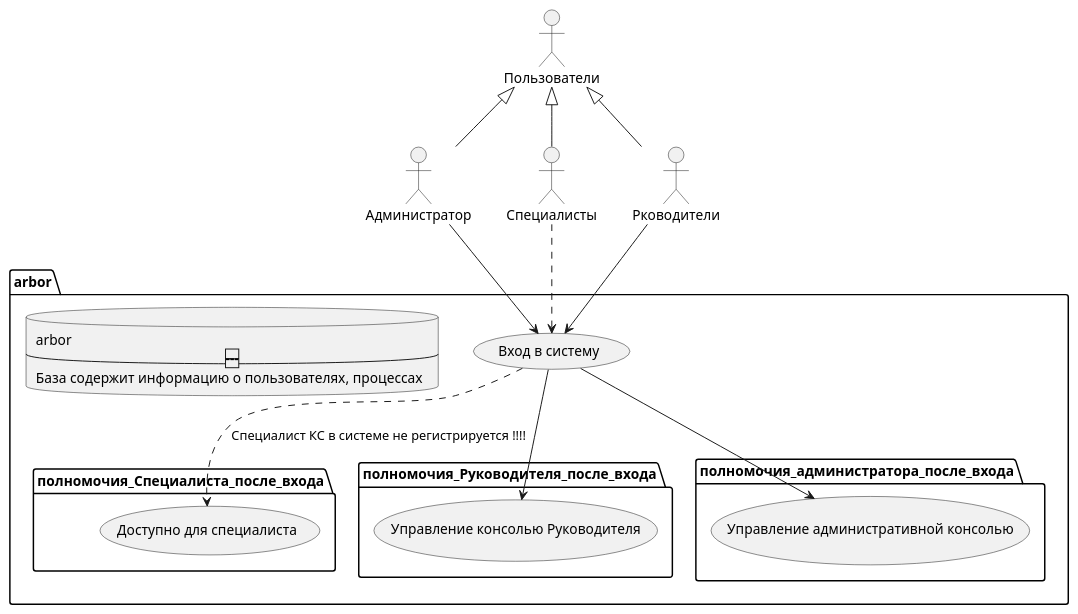
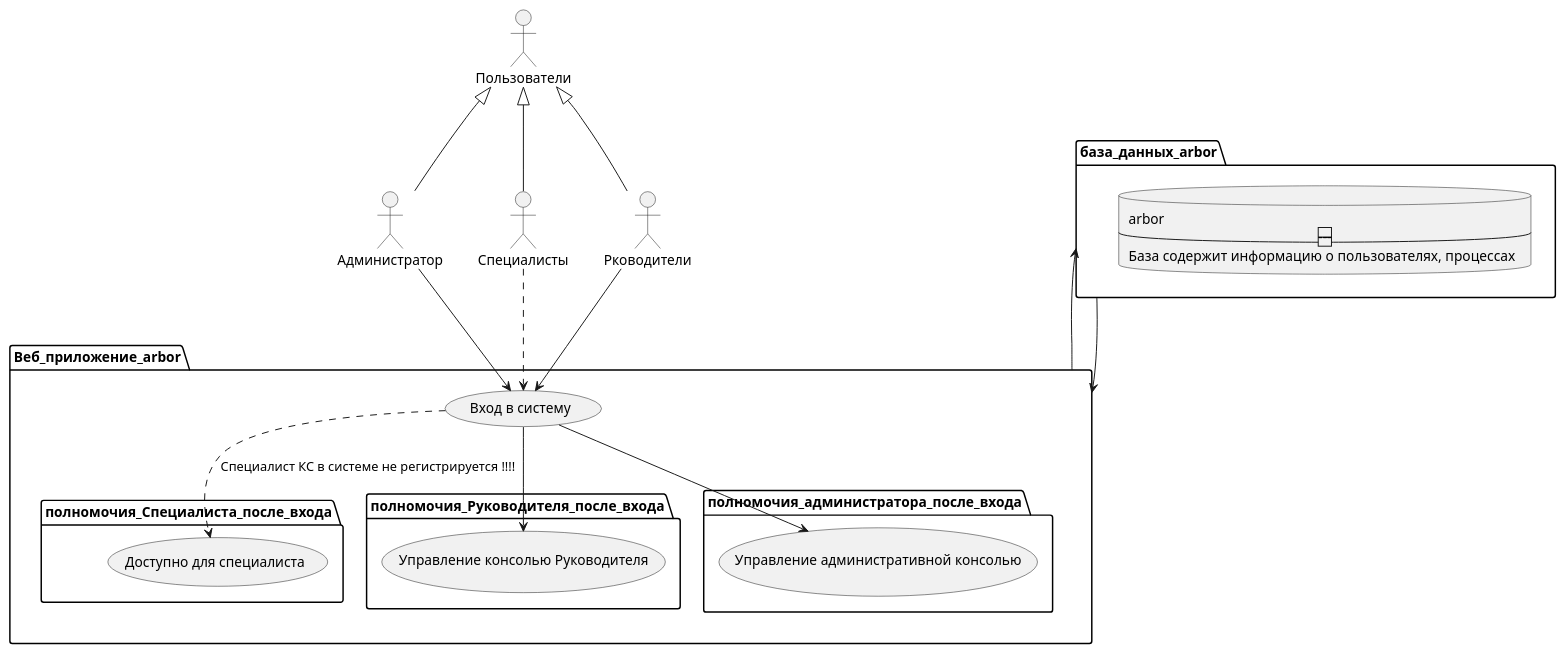
Before and after one commit to potterv/arbor: the diagram in arbor.puml, drawn with PlantUML.

Commit message:
edit uml

```diff
--- a/arbor.puml
+++ b/arbor.puml
@@ -1,41 +1,46 @@
 @startuml
 
 :Администратор:as A
 :Специалисты:as SKS
 :Рководители: as RKS
 
 
 A -up-|> Пользователи
 SKS -up-|> Пользователи
 RKS-up-|> Пользователи
 
 
-folder arbor{
+package Веб_приложение_arbor{
 :Вход в систему:as (login)
 
 
 A --> login
 RKS --> login
 SKS ..> login
 
 folder полномочия_Специалиста_после_входа{
 
 login ..> (Доступно для специалиста): Специалист КС в системе не регистрируется !!!!
 
 }
 folder полномочия_Руководителя_после_входа{
 login--> (Управление консолью Руководителя)
 }
 folder полномочия_администратора_после_входа{
 login--> (Управление административной консолью)
 }
-   database DB1 as "arbor
+
+
+
+
+}
+package база_данных_arbor{
+   database arbor as "arbor
   -------------------
   База содержит информацию о пользователях, процессах
   "
-
 }
-
-
+Веб_приложение_arbor-up->база_данных_arbor
+база_данных_arbor-down->Веб_приложение_arbor
 
 @enduml
```
